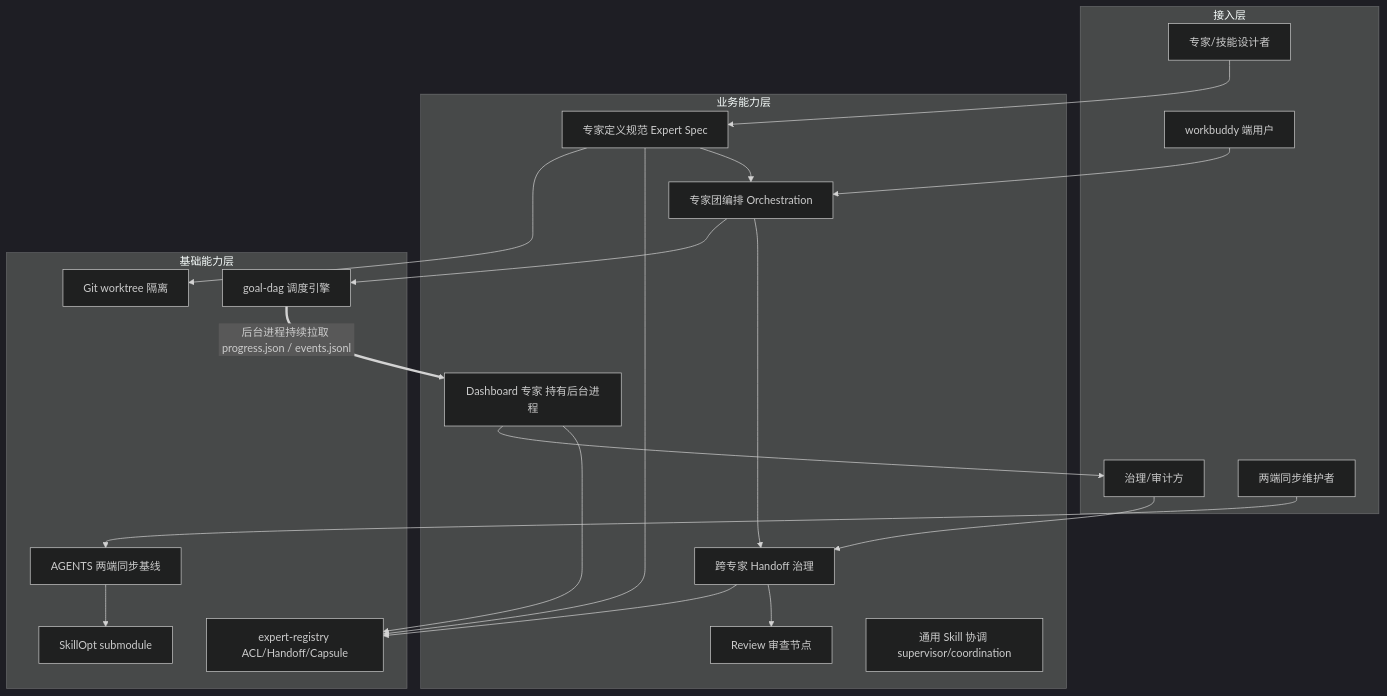
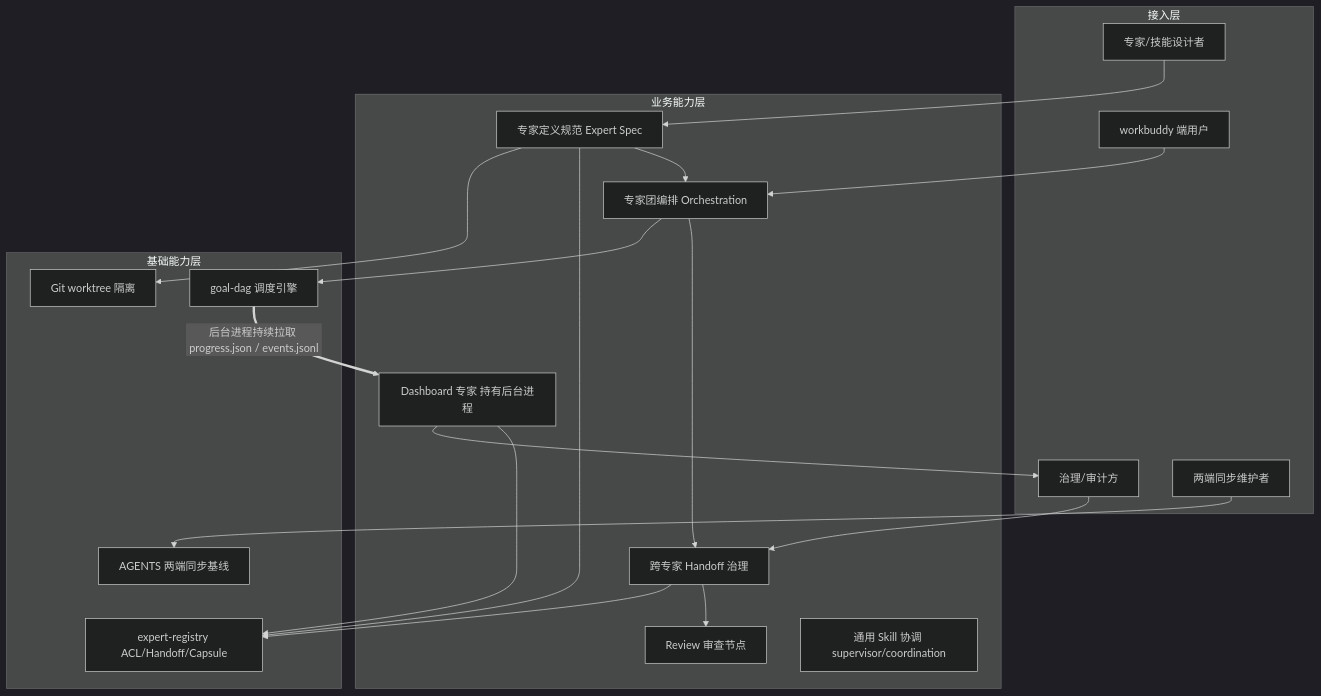
One commit to Ghost233/ghost-agent-market changed the first of 4 diagrams in delivery/高层架构设计.md. Above: the diagram before and after it, drawn with Mermaid (dark theme). The commit also changed other lines of this file and 186 other files, not shown here.

````diff
--- a/delivery/高层架构设计.md
+++ b/delivery/高层架构设计.md
@@ -279,39 +279,37 @@
 ```mermaid
 flowchart TB
     subgraph AL[接入层]
         A1[专家/技能设计者]
         A2[workbuddy 端用户]
         A3[治理/审计方]
         A4[两端同步维护者]
     end
     subgraph BL[业务能力层]
         B1[专家定义规范 Expert Spec]
         B2[专家团编排 Orchestration]
         B3[跨专家 Handoff 治理]
         B4[Review 审查节点]
         B5[通用 Skill 协调 supervisor/coordination]
         B6[Dashboard 专家 持有后台进程]
     end
     subgraph FL[基础能力层]
         C1[expert-registry ACL/Handoff/Capsule]
         C2[goal-dag 调度引擎]
         C3[AGENTS 两端同步基线]
-        C4[SkillOpt submodule]
         C5[Git worktree 隔离]
     end
     A1 --> B1
     A2 --> B2
     A3 --> B3
     A4 --> C3
     B1 --> B2
     B2 --> B3
     B3 --> B4
     B1 --> C1
     B3 --> C1
     B2 --> C2
-    C3 --> C4
     B1 --> C5
     C2 ==>|后台进程持续拉取 progress.json / events.jsonl| B6
     B6 --> C1
     B6 --> A3
 ```
````
